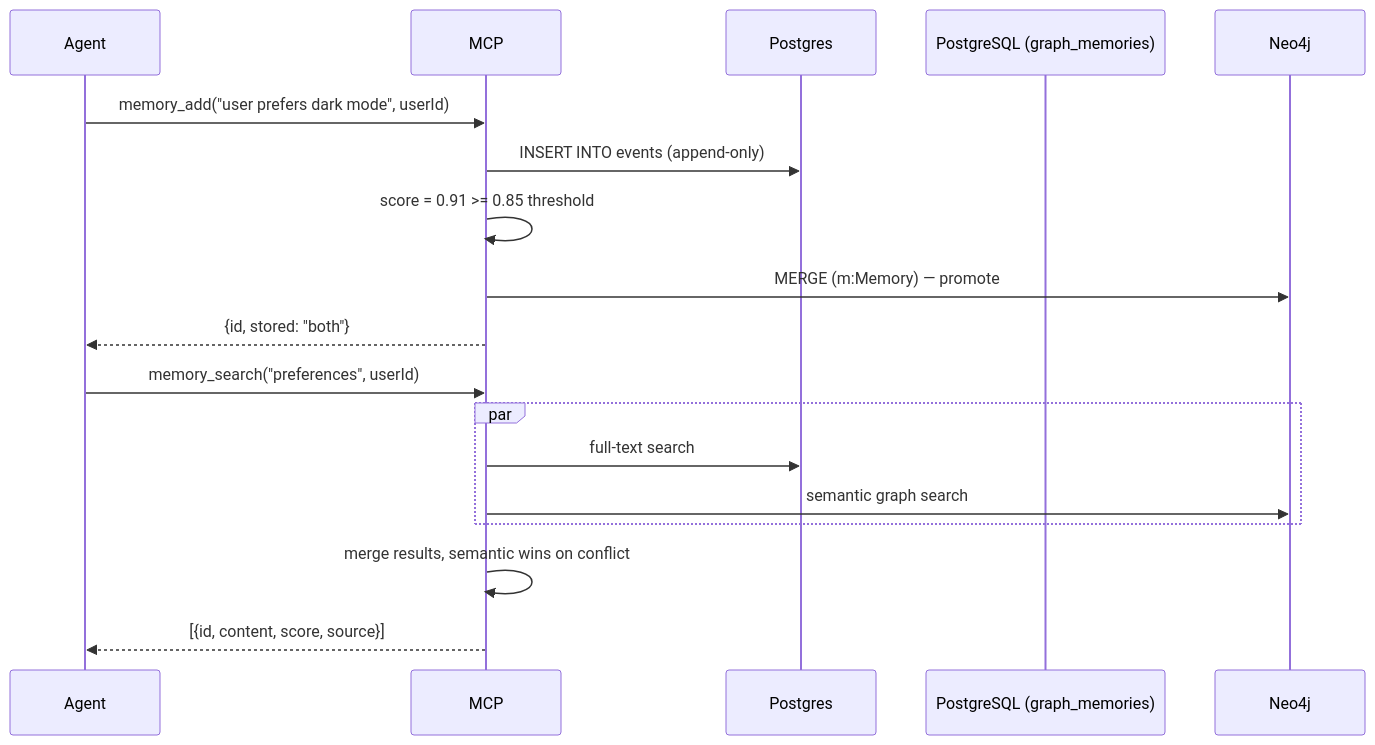
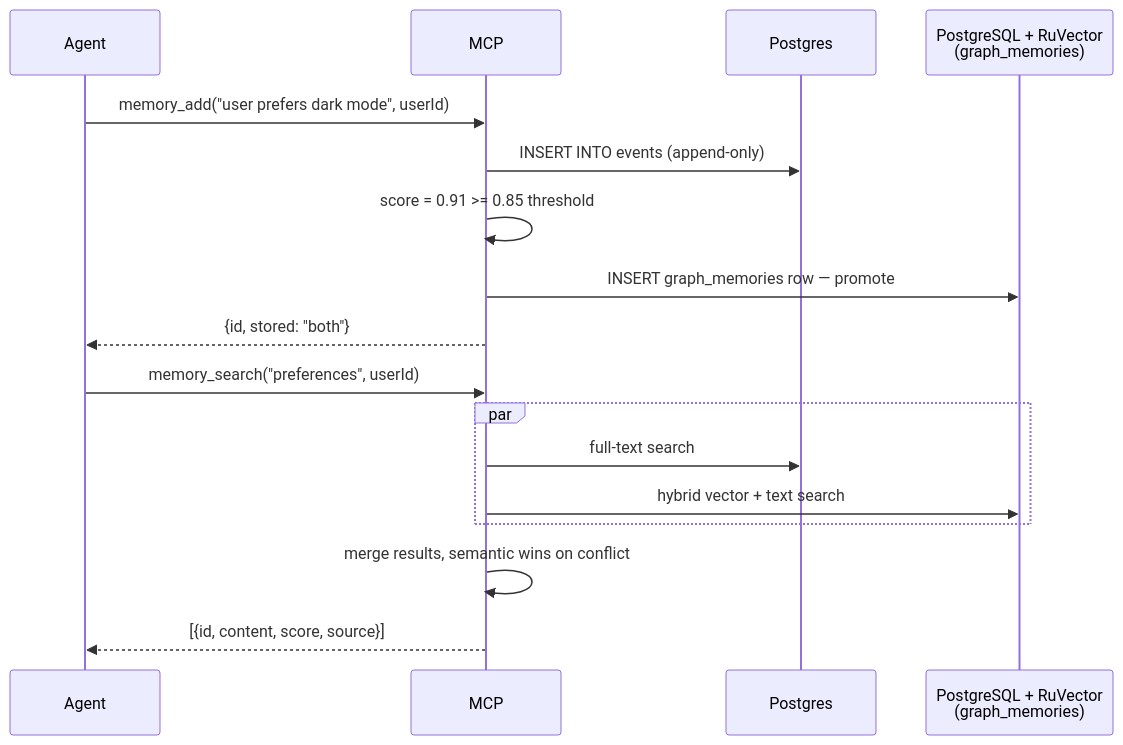
The third of 5 diagrams in docs/allura/BLUEPRINT.md (Allura-Ecosystem/Allura_Memory), drawn with Mermaid before and after one commit. The commit also changed other lines of this file and 414 other files, not shown here.

First line of the commit message:
chore: remove the retired graph backend from active Allura surfaces

````diff
--- a/docs/allura/BLUEPRINT.md
+++ b/docs/allura/BLUEPRINT.md
@@ -488,21 +484,21 @@
 ```mermaid
 sequenceDiagram
     participant Agent
     participant MCP
     participant Postgres
-    participant PostgreSQL (graph_memories)
+    participant Semantic as PostgreSQL + RuVector<br/>(graph_memories)
 
     Agent->>MCP: memory_add("user prefers dark mode", userId)
     MCP->>Postgres: INSERT INTO events (append-only)
     MCP->>MCP: score = 0.91 >= 0.85 threshold
-    MCP->>Neo4j: MERGE (m:Memory) — promote
+    MCP->>Semantic: INSERT graph_memories row — promote
     MCP-->>Agent: {id, stored: "both"}
 
     Agent->>MCP: memory_search("preferences", userId)
     par
         MCP->>Postgres: full-text search
-        MCP->>Neo4j: semantic graph search
+        MCP->>Semantic: hybrid vector + text search
     end
     MCP->>MCP: merge results, semantic wins on conflict
     MCP-->>Agent: [{id, content, score, source}]
 ```
````
